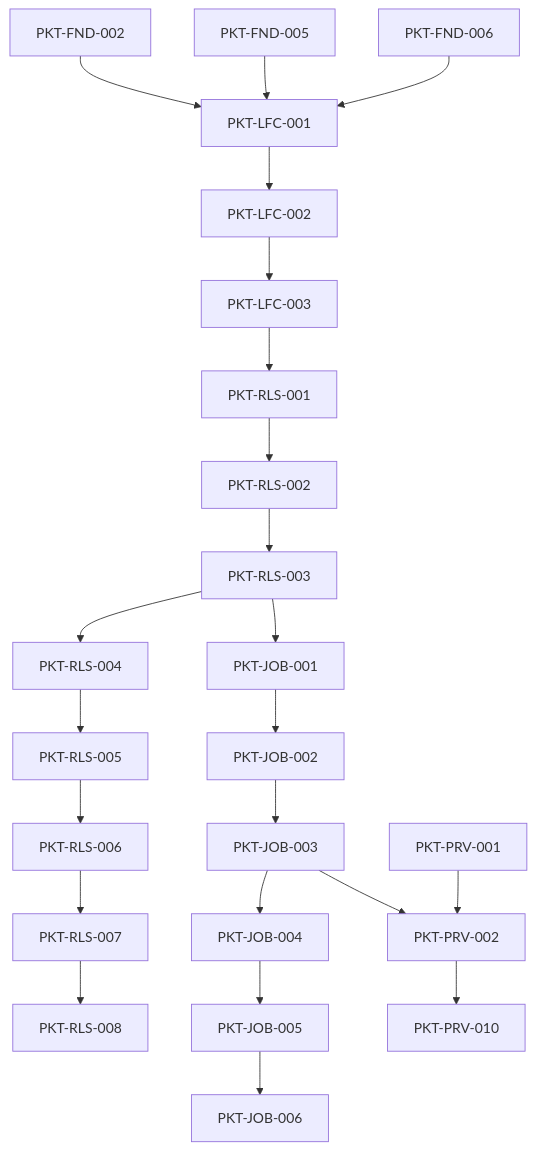
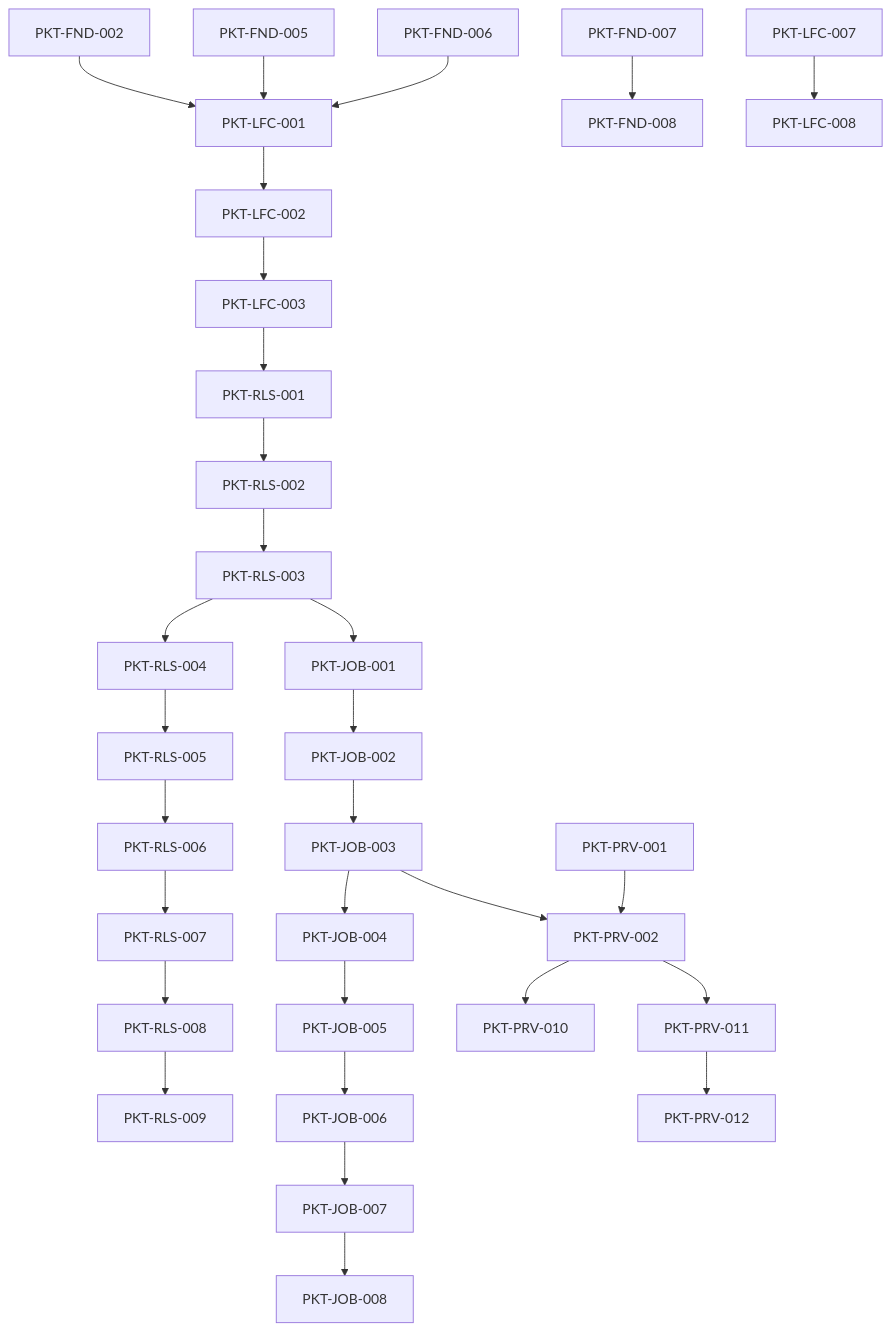
The diagram in docs/implementation/20_Packet_Dependency_Graph.md (Audumla/AUDiaGentic), drawn with Mermaid before and after one commit. The commit also changed 162 other files, not shown here.

````diff
--- a/docs/implementation/20_Packet_Dependency_Graph.md
+++ b/docs/implementation/20_Packet_Dependency_Graph.md
@@ -16,25 +16,32 @@
 ```mermaid
 graph TD
   FND2[PKT-FND-002] --> LFC1[PKT-LFC-001]
   FND5[PKT-FND-005] --> LFC1
   FND6[PKT-FND-006] --> LFC1
   LFC1 --> LFC2[PKT-LFC-002]
   LFC2 --> LFC3[PKT-LFC-003]
   LFC3 --> RLS1[PKT-RLS-001]
   RLS1 --> RLS2[PKT-RLS-002]
   RLS2 --> RLS3[PKT-RLS-003]
   RLS3 --> RLS4[PKT-RLS-004]
   RLS4 --> RLS5[PKT-RLS-005]
   RLS5 --> RLS6[PKT-RLS-006]
   RLS6 --> RLS7[PKT-RLS-007]
   RLS7 --> RLS8[PKT-RLS-008]
   RLS3 --> JOB1[PKT-JOB-001]
   JOB1 --> JOB2[PKT-JOB-002]
   JOB2 --> JOB3[PKT-JOB-003]
   JOB3 --> JOB4[PKT-JOB-004]
   JOB4 --> JOB5[PKT-JOB-005]
   JOB5 --> JOB6[PKT-JOB-006]
+  JOB7[PKT-JOB-007] --> JOB8[PKT-JOB-008]
   PRV1[PKT-PRV-001] --> PRV2[PKT-PRV-002]
   JOB3 --> PRV2
   PRV2 --> PRV10[PKT-PRV-010]
+  PRV2 --> PRV11[PKT-PRV-011]
+  PRV11 --> PRV12[PKT-PRV-012]
+  FND7[PKT-FND-007] --> FND8[PKT-FND-008]
+  LFC7[PKT-LFC-007] --> LFC8[PKT-LFC-008]
+  RLS8[PKT-RLS-008] --> RLS9[PKT-RLS-009]
+  JOB6[PKT-JOB-006] --> JOB7[PKT-JOB-007]
 ```
````
